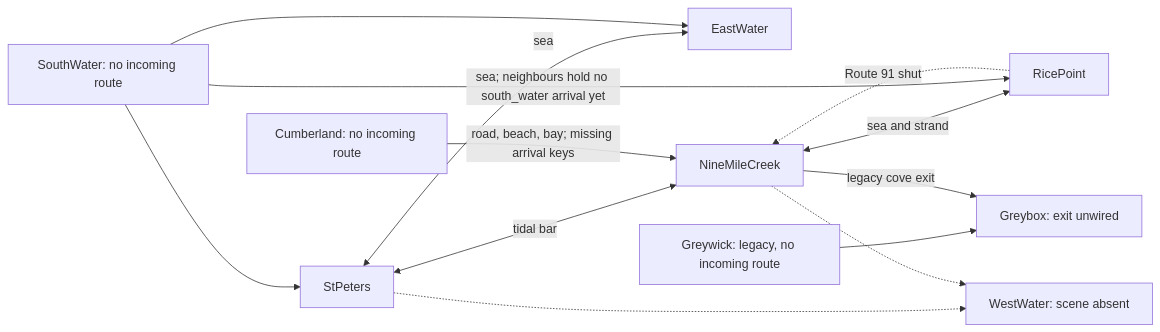
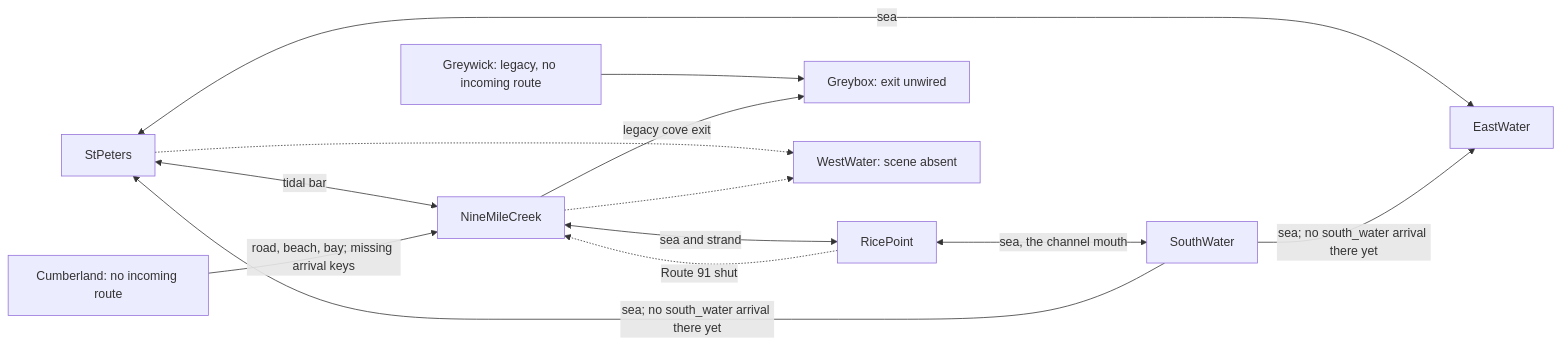
Before and after one commit to apholmes7-bot/hiddenharbours: the diagram in docs/design/region-seam-audit.md, drawn with Mermaid. The commit also changed other lines of this file and 12 other files, not shown here.

First line of the commit message:
feat(world): open Rice Point's channel mouth to the South Water

````diff
--- a/docs/design/region-seam-audit.md
+++ b/docs/design/region-seam-audit.md
@@ -49,15 +49,15 @@
 ```mermaid
 flowchart LR
     ST[StPeters] <-->|sea| EW[EastWater]
     ST <-->|tidal bar| NM[NineMileCreek]
     NM <-->|sea and strand| RP[RicePoint]
     RP -.->|Route 91 shut| NM
     CM[Cumberland: no incoming route] -->|road, beach, bay; missing arrival keys| NM
     GW[Greywick: legacy, no incoming route] --> GB[Greybox: exit unwired]
     NM -->|legacy cove exit| GB
     ST -.-> WW[WestWater: scene absent]
     NM -.-> WW
-    SW[SouthWater: no incoming route] -->|sea; neighbours hold no south_water arrival yet| RP
-    SW --> ST
-    SW --> EW
+    RP <-->|sea, the channel mouth| SW[SouthWater]
+    SW -->|sea; no south_water arrival there yet| ST
+    SW -->|sea; no south_water arrival there yet| EW
 ```
````
